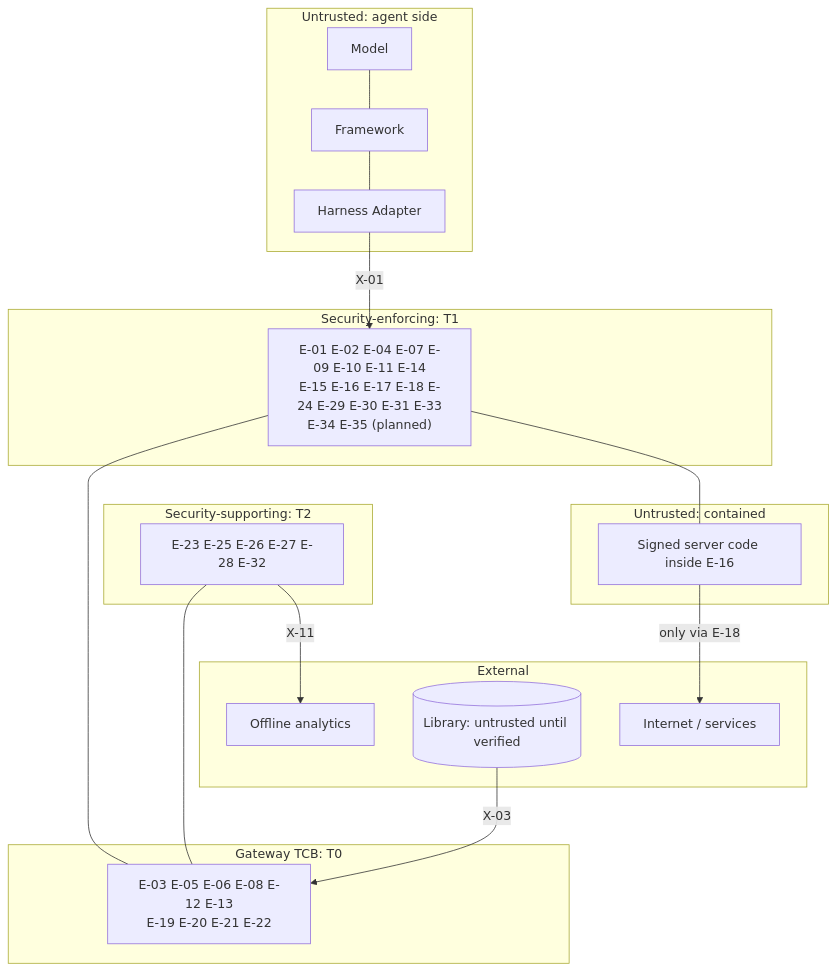
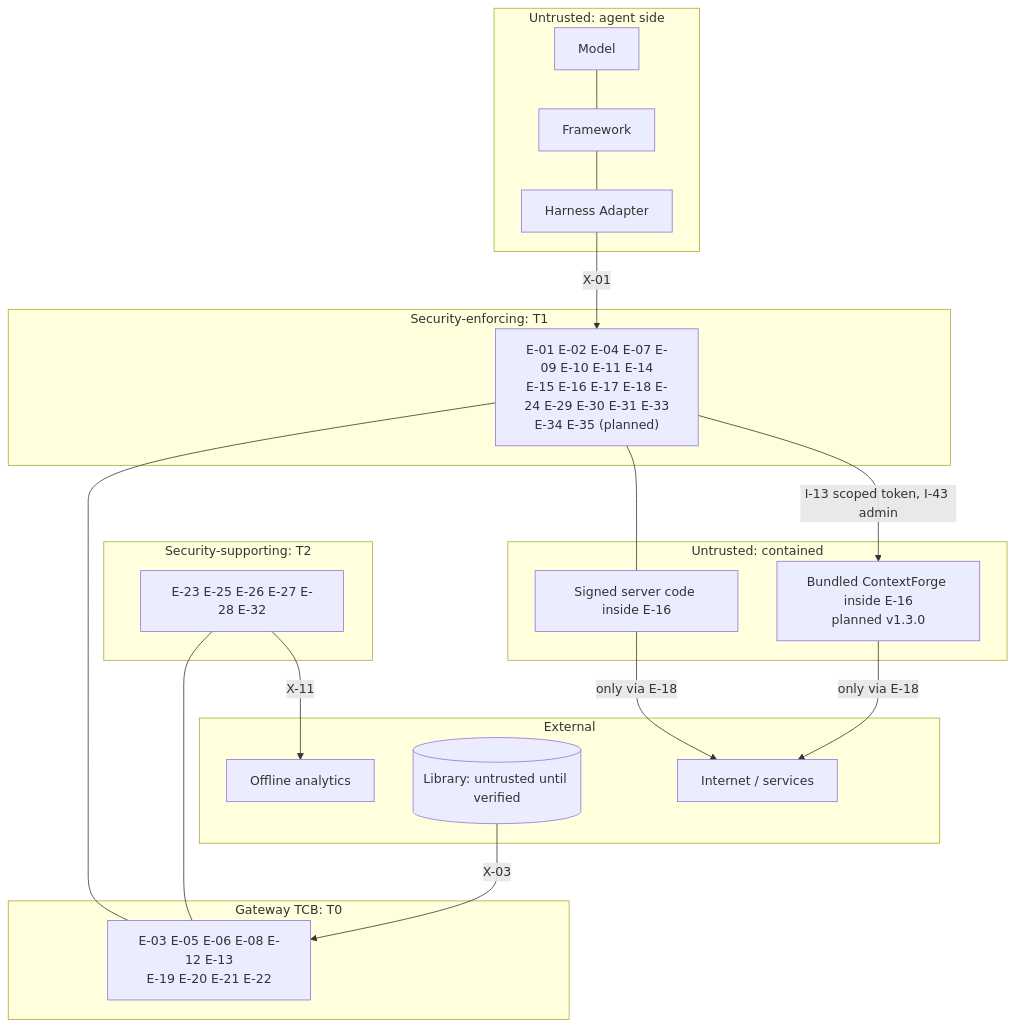
Diagram 13 of 20 in ArchitectureV2.md (ethan03805/Secure-MCP-Gateway), drawn with Mermaid before and after one commit. The commit also changed other lines of this file and 10 other files, not shown here.

First line of the commit message:
ContextForge integration requirements (FR-22, planned v1.3.0) (#138)

````diff
--- a/ArchitectureV2.md
+++ b/ArchitectureV2.md
@@ -1073,30 +1093,33 @@
 ```mermaid
 flowchart TB
   subgraph U1[Untrusted: agent side]
     MODEL[Model] --- AF[Framework] --- HA[Harness Adapter]
   end
   subgraph TCB[Gateway TCB: T0]
     T0N["E-03 E-05 E-06 E-08 E-12 E-13<br/>E-19 E-20 E-21 E-22"]
   end
   subgraph ENF[Security-enforcing: T1]
     T1N["E-01 E-02 E-04 E-07 E-09 E-10 E-11 E-14<br/>E-15 E-16 E-17 E-18 E-24 E-29 E-30 E-31 E-33<br/>E-34 E-35 (planned)"]
   end
   subgraph SUP[Security-supporting: T2]
     T2N["E-23 E-25 E-26 E-27 E-28 E-32"]
   end
   subgraph U2[Untrusted: contained]
     SRV[Signed server code inside E-16]
+    CF[Bundled ContextForge inside E-16<br/>planned v1.3.0]
   end
   subgraph EXT[External]
     NET[Internet / services]
     LIB[(Library: untrusted until verified)]
     OFF[Offline analytics]
   end
   HA -- X-01 --> T1N
   T1N --- T0N
   T2N --- T0N
   T1N --- SRV
   SRV -- only via E-18 --> NET
+  T1N -- I-13 scoped token, I-43 admin --> CF
+  CF -- only via E-18 --> NET
   LIB -- X-03 --> T0N
   T2N -- X-11 --> OFF
 ```
````
